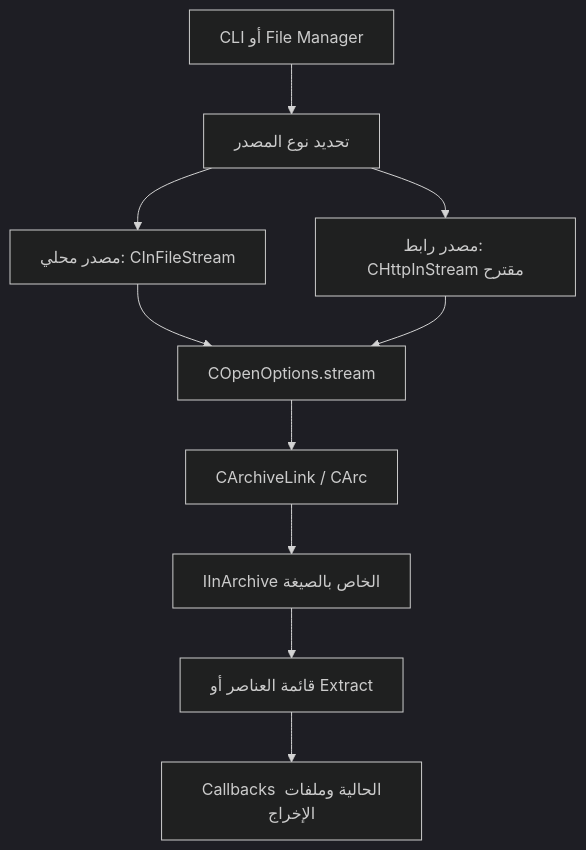
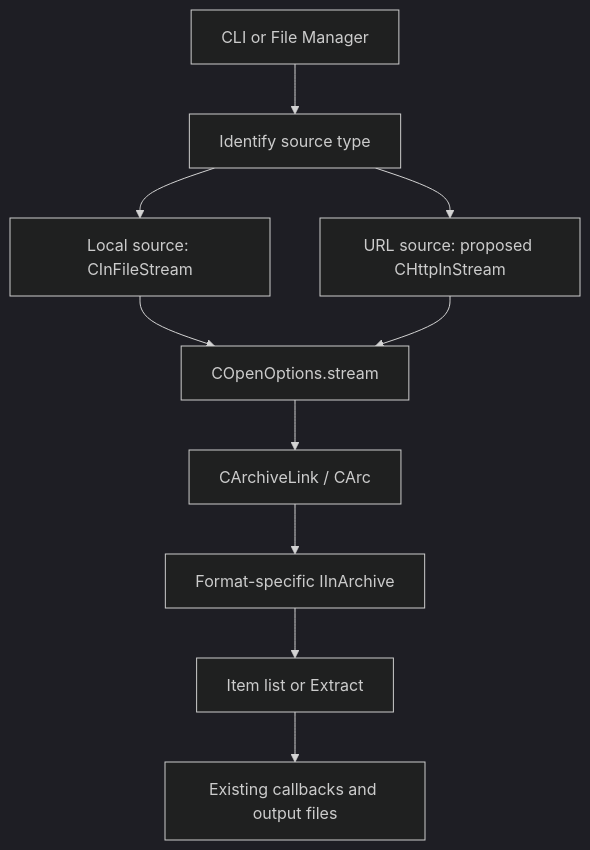
One commit to MohamedAshref371/7zip-remote changed the diagram in Notes/01-source-map.md. Above: the diagram before and after it, drawn with Mermaid (dark theme). The commit also changed other lines of this file and 6 other files, not shown here.

````diff
--- a/Notes/01-source-map.md
+++ b/Notes/01-source-map.md
@@ -41,12 +41,12 @@
 ```mermaid
 flowchart TD
-    A[CLI أو File Manager] --> B[تحديد نوع المصدر]
-    B --> C[مصدر محلي: CInFileStream]
-    B --> D[مصدر رابط: CHttpInStream مقترح]
+    A[CLI or File Manager] --> B[Identify source type]
+    B --> C[Local source: CInFileStream]
+    B --> D[URL source: proposed CHttpInStream]
     C --> E[COpenOptions.stream]
     D --> E
     E --> F[CArchiveLink / CArc]
-    F --> G[IInArchive الخاص بالصيغة]
-    G --> H[قائمة العناصر أو Extract]
-    H --> I[Callbacks الحالية وملفات الإخراج]
+    F --> G[Format-specific IInArchive]
+    G --> H[Item list or Extract]
+    H --> I[Existing callbacks and output files]
 ```
````
